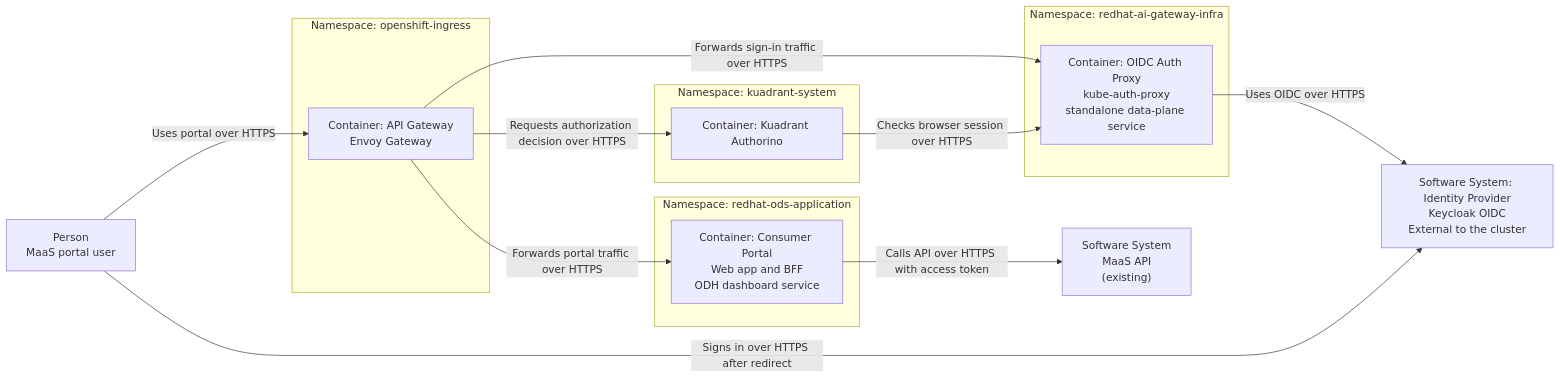
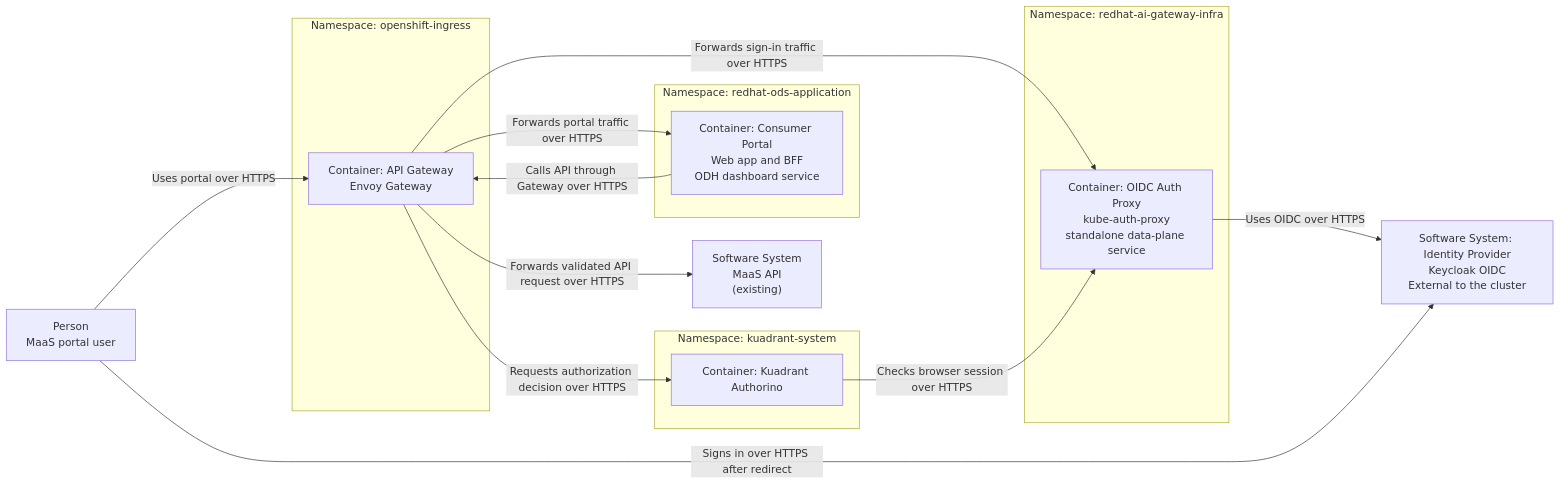
The first of 2 diagrams in architecture-decision-records/model-serving/ODH-ADR-MS-0007-maas-consumer-portal-oidc-gateway-layout.md (opendatahub-io/architecture-decision-records), drawn with Mermaid before and after one commit. The commit also changed other lines of this file and 1 other file, not shown here.

````diff
--- a/architecture-decision-records/model-serving/ODH-ADR-MS-0007-maas-consumer-portal-oidc-gateway-layout.md
+++ b/architecture-decision-records/model-serving/ODH-ADR-MS-0007-maas-consumer-portal-oidc-gateway-layout.md
@@ -65,32 +72,33 @@
 ```mermaid
 flowchart LR
   user["Person<br/>MaaS portal user"]
   api["Software System<br/>MaaS API<br/>(existing)"]
 
   subgraph ns_ingress["Namespace: openshift-ingress"]
     gateway["Container: API Gateway<br/>Envoy Gateway"]
   end
 
   subgraph ns_infra["Namespace: redhat-ai-gateway-infra"]
     auth_proxy["Container: OIDC Auth Proxy<br/>kube-auth-proxy<br/>standalone data-plane service"]
   end
 
   subgraph ns_apps["Namespace: redhat-ods-application"]
     portal["Container: Consumer Portal<br/>Web app and BFF<br/>ODH dashboard service"]
   end
 
   subgraph ns_kuadrant["Namespace: kuadrant-system"]
     authorino["Container: Kuadrant Authorino"]
   end
 
   keycloak["Software System: Identity Provider<br/>Keycloak OIDC<br/>External to the cluster"]
 
   user -->|"Uses portal over HTTPS"| gateway
   gateway -->|"Forwards portal traffic over HTTPS"| portal
   gateway -->|"Forwards sign-in traffic over HTTPS"| auth_proxy
   gateway -->|"Requests authorization decision over HTTPS"| authorino
   authorino -->|"Checks browser session over HTTPS"| auth_proxy
   auth_proxy -->|"Uses OIDC over HTTPS"| keycloak
   user -->|"Signs in over HTTPS after redirect"| keycloak
-  portal -->|"Calls API over HTTPS with access token"| api
+  portal -->|"Calls API through Gateway over HTTPS"| gateway
+  gateway -->|"Forwards validated API request over HTTPS"| api
 ```
````
